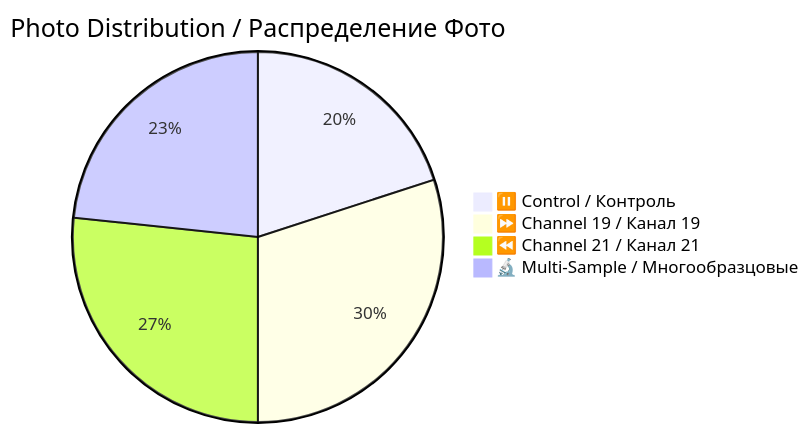
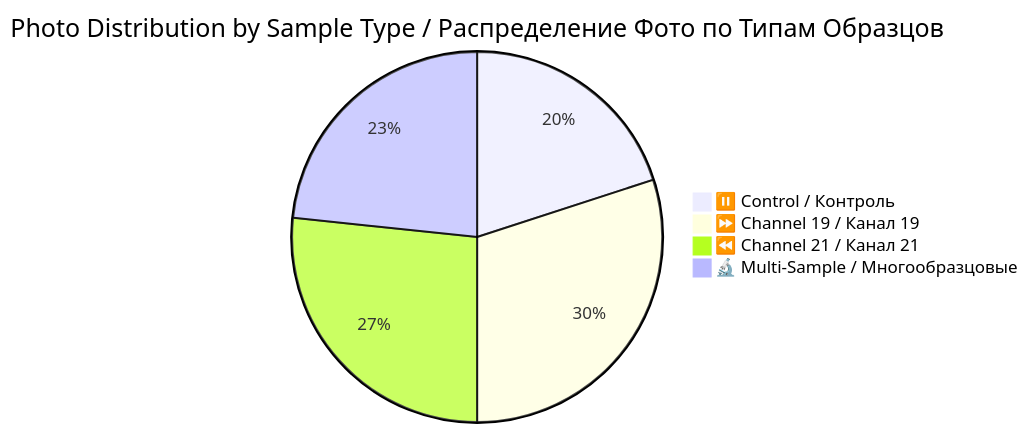
Before and after one commit to AdvancedScientificResearchProjects/Hyperbolic_Field_BloodPlasma_Study: the first of 5 diagrams in original_research/data/patient-07/photos/README.md, drawn with Mermaid. The commit also changed other lines of this file and 1 other file, not shown here.

First line of the commit message:
📊 Enhanced diagrams and fixed Patient 07 full photo table

````diff
--- a/original_research/data/patient-07/photos/README.md
+++ b/original_research/data/patient-07/photos/README.md
@@ -15,7 +15,7 @@
 ```mermaid
-pie title Photo Distribution / Распределение Фото
+pie title Photo Distribution by Sample Type / Распределение Фото по Типам Образцов
     "⏸️ Control / Контроль" : 6
     "⏩ Channel 19 / Канал 19" : 9
     "⏪ Channel 21 / Канал 21" : 8
     "🔬 Multi-Sample / Многообразцовые" : 7
 ```
````
